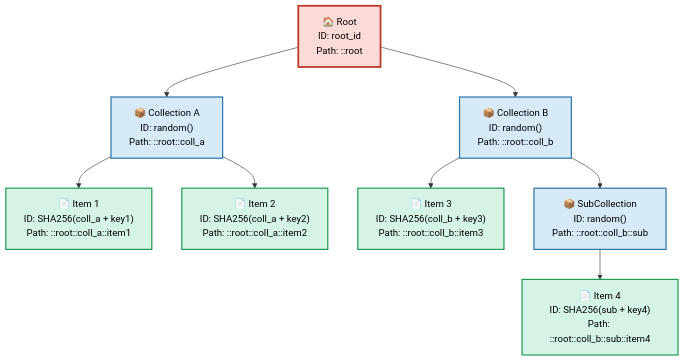
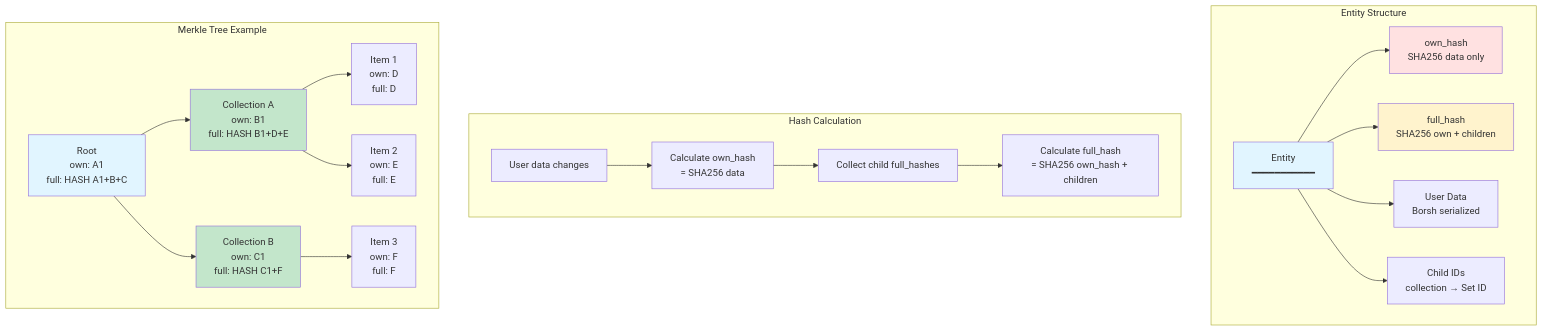
The second of 8 diagrams in crates/storage/README.md (calimero-network/core), drawn with Mermaid before and after one commit. The commit also changed other lines of this file and 8 other files, not shown here.

````diff
--- a/crates/storage/README.md
+++ b/crates/storage/README.md
@@ -302,32 +182,48 @@
 ```mermaid
-graph TD
-    Root["🏠 Root<br/>ID: root_id<br/>Path: ::root"]
+graph TB
+    subgraph "Entity Structure"
+        E[Entity<br/>━━━━━━━━━━━]
+        OH[own_hash<br/>SHA256 data only]
+        FH[full_hash<br/>SHA256 own + children]
+        Data[User Data<br/>Borsh serialized]
+        Children[Child IDs<br/>collection → Set ID]
+        
+        E --> OH
+        E --> FH
+        E --> Data
+        E --> Children
+    end
     
-    CollA["📦 Collection A<br/>ID: random()<br/>Path: ::root::coll_a"]
-    CollB["📦 Collection B<br/>ID: random()<br/>Path: ::root::coll_b"]
+    subgraph "Hash Calculation"
+        D[User data changes]
+        C1[Calculate own_hash<br/>= SHA256 data]
+        C2[Collect child full_hashes]
+        C3[Calculate full_hash<br/>= SHA256 own_hash + children]
+        
+        D --> C1 --> C2 --> C3
+    end
     
-    Item1["📄 Item 1<br/>ID: SHA256(coll_a + key1)<br/>Path: ::root::coll_a::item1"]
-    Item2["📄 Item 2<br/>ID: SHA256(coll_a + key2)<br/>Path: ::root::coll_a::item2"]
-    
-    Item3["📄 Item 3<br/>ID: SHA256(coll_b + key3)<br/>Path: ::root::coll_b::item3"]
-    
-    SubColl["📦 SubCollection<br/>ID: random()<br/>Path: ::root::coll_b::sub"]
-    Item4["📄 Item 4<br/>ID: SHA256(sub + key4)<br/>Path: ::root::coll_b::sub::item4"]
+    subgraph "Merkle Tree Example"
+        Root[Root<br/>own: A1<br/>full: HASH A1+B+C]
+        
+        CollA[Collection A<br/>own: B1<br/>full: HASH B1+D+E]
+        CollB[Collection B<br/>own: C1<br/>full: HASH C1+F]
+        
+        Item1[Item 1<br/>own: D<br/>full: D]
+        Item2[Item 2<br/>own: E<br/>full: E]
+        Item3[Item 3<br/>own: F<br/>full: F]
     
     Root --> CollA
     Root --> CollB
     CollA --> Item1
     CollA --> Item2
     CollB --> Item3
-    CollB --> SubColl
-    SubColl --> Item4
+    end
     
-    style Root fill:#FADBD8,stroke:#C0392B,stroke-width:3px,color:#000
-    style CollA fill:#D6EAF8,stroke:#2874A6,stroke-width:2px,color:#000
-    style CollB fill:#D6EAF8,stroke:#2874A6,stroke-width:2px,color:#000
-    style SubColl fill:#D6EAF8,stroke:#2874A6,stroke-width:2px,color:#000
-    style Item1 fill:#D5F4E6,stroke:#229954,stroke-width:2px,color:#000
-    style Item2 fill:#D5F4E6,stroke:#229954,stroke-width:2px,color:#000
-    style Item3 fill:#D5F4E6,stroke:#229954,stroke-width:2px,color:#000
-    style Item4 fill:#D5F4E6,stroke:#229954,stroke-width:2px,color:#000
+    style E fill:#e1f5ff
+    style OH fill:#ffe1e1
+    style FH fill:#fff3cd
+    style Root fill:#e1f5ff
+    style CollA fill:#c3e6cb
+    style CollB fill:#c3e6cb
 ```
````
